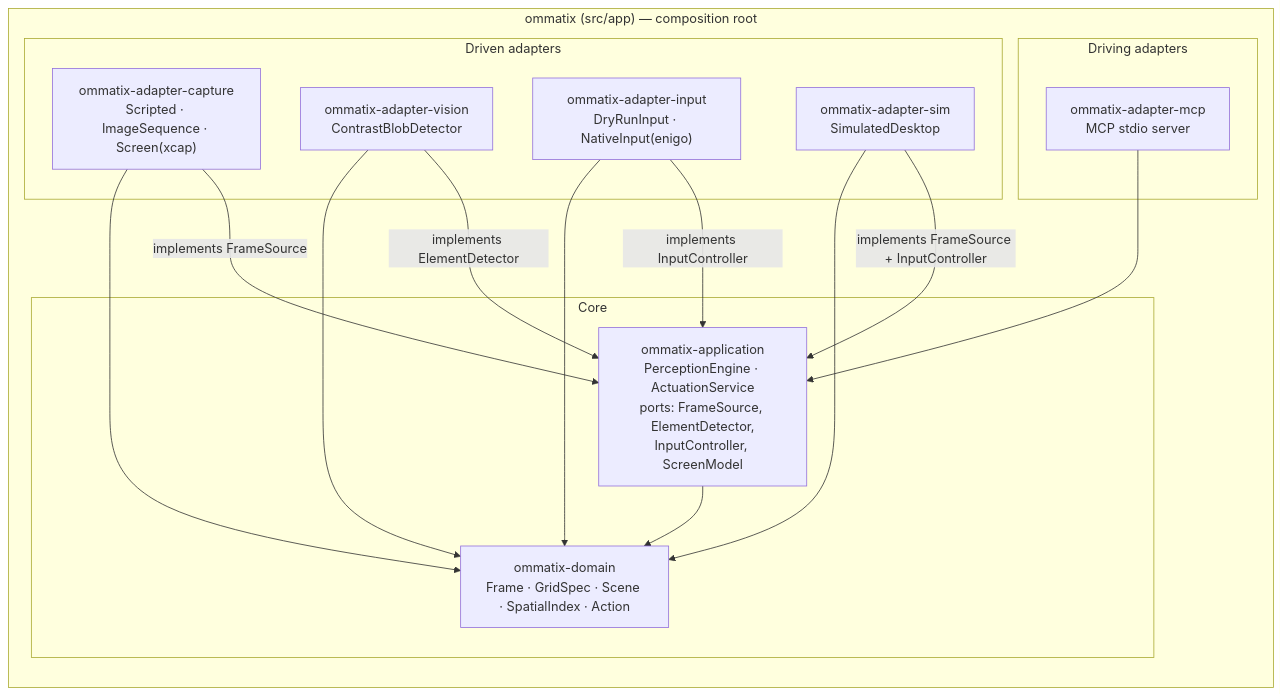
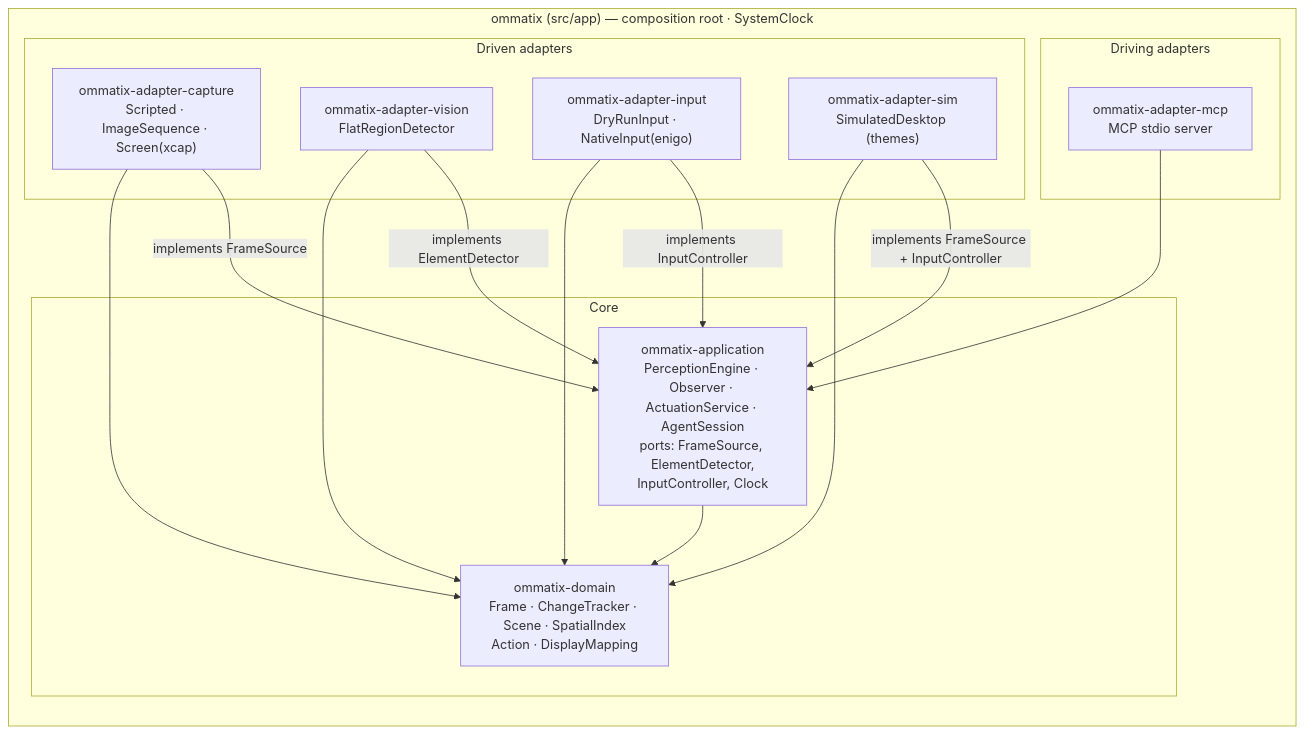
One commit to Yosoyepa/Ommatix changed the diagram in docs/diagrams/hexagon.md. Above: the diagram before and after it, drawn with Mermaid. The commit also changed 17 other files, not shown here.

````diff
--- a/docs/diagrams/hexagon.md
+++ b/docs/diagrams/hexagon.md
@@ -6,29 +6,29 @@
 ```mermaid
 flowchart TB
-    subgraph app["ommatix (src/app) — composition root"]
+    subgraph app["ommatix (src/app) — composition root · SystemClock"]
       direction TB
       subgraph driving["Driving adapters"]
         mcp["ommatix-adapter-mcp<br/>MCP stdio server"]
       end
       subgraph core["Core"]
-        appl["ommatix-application<br/>PerceptionEngine · ActuationService<br/>ports: FrameSource, ElementDetector,<br/>InputController, ScreenModel"]
-        dom["ommatix-domain<br/>Frame · GridSpec · Scene · SpatialIndex · Action"]
+        appl["ommatix-application<br/>PerceptionEngine · Observer · ActuationService · AgentSession<br/>ports: FrameSource, ElementDetector,<br/>InputController, Clock"]
+        dom["ommatix-domain<br/>Frame · ChangeTracker · Scene · SpatialIndex<br/>Action · DisplayMapping"]
       end
       subgraph driven["Driven adapters"]
         cap["ommatix-adapter-capture<br/>Scripted · ImageSequence · Screen(xcap)"]
-        vis["ommatix-adapter-vision<br/>ContrastBlobDetector"]
+        vis["ommatix-adapter-vision<br/>FlatRegionDetector"]
         inp["ommatix-adapter-input<br/>DryRunInput · NativeInput(enigo)"]
-        sim["ommatix-adapter-sim<br/>SimulatedDesktop"]
+        sim["ommatix-adapter-sim<br/>SimulatedDesktop (themes)"]
       end
     end
     mcp --> appl
     appl --> dom
     cap -->|implements FrameSource| appl
     vis -->|implements ElementDetector| appl
     inp -->|implements InputController| appl
     sim -->|implements FrameSource + InputController| appl
     cap --> dom
     vis --> dom
     inp --> dom
     sim --> dom
 ```
````
